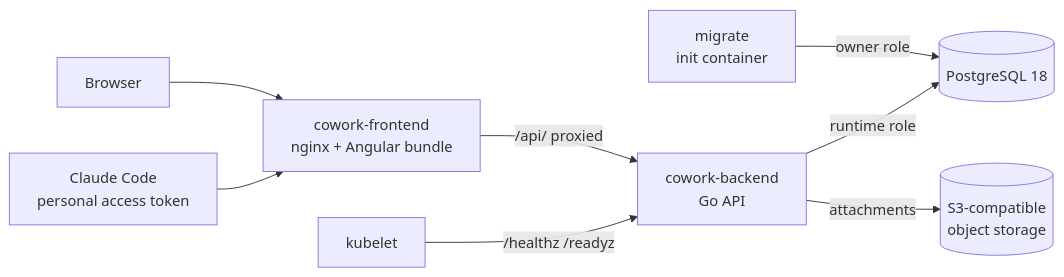
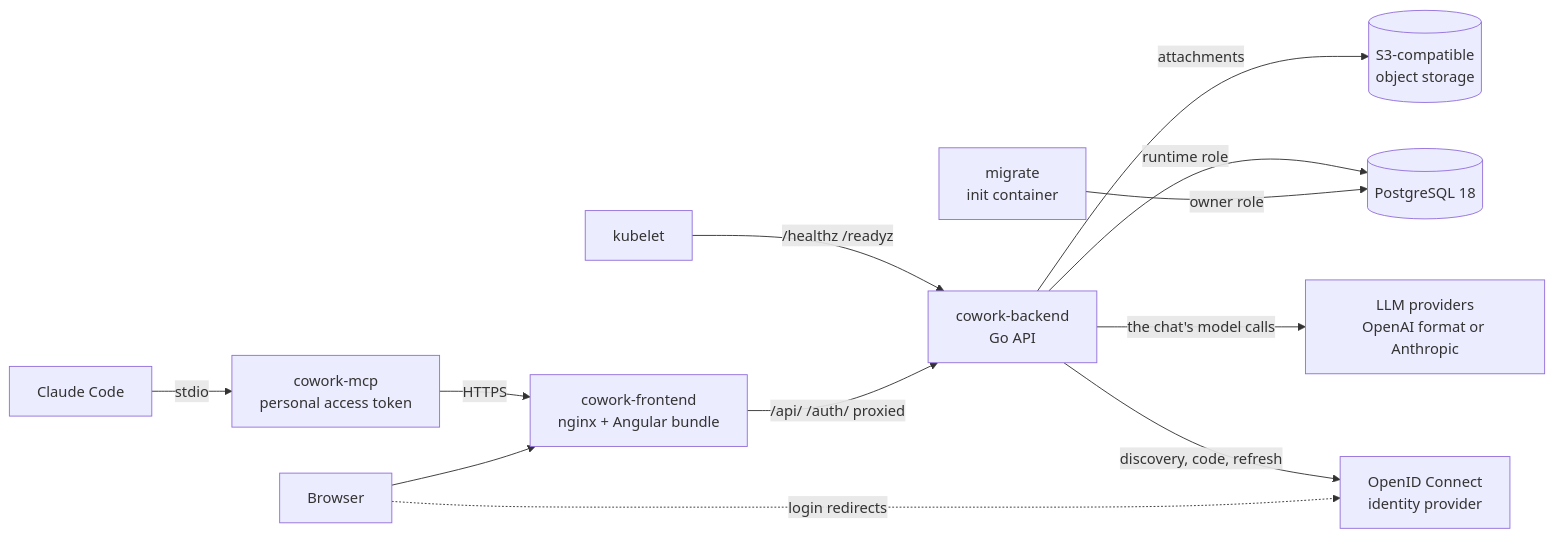
One commit to guided-traffic/cowork changed the diagram in README.md. Above: the diagram before and after it, drawn with Mermaid. The commit also changed other lines of this file and 542 other files, not shown here.

First line of the commit message:
feat: phase 4 and 5, sign-in through an identity provider, the MCP server for Claude Code and the chat in the UI (#25)

````diff
--- a/README.md
+++ b/README.md
@@ -22,10 +32,14 @@
 ```mermaid
 flowchart LR
   B[Browser] --> F
-  C[Claude Code<br/>personal access token] --> F
-  F[cowork-frontend<br/>nginx + Angular bundle] -->|/api/ proxied| S
+  B -.->|login redirects| I[OpenID Connect<br/>identity provider]
+  C[Claude Code] -->|stdio| X[cowork-mcp<br/>personal access token]
+  X -->|HTTPS| F
+  F[cowork-frontend<br/>nginx + Angular bundle] -->|/api/ /auth/ proxied| S
   K[kubelet] -->|/healthz /readyz| S
   M[migrate<br/>init container] -->|owner role| P
   S[cowork-backend<br/>Go API] -->|runtime role| P[(PostgreSQL 18)]
   S -->|attachments| O[(S3-compatible<br/>object storage)]
+  S -->|discovery, code, refresh| I
+  S -->|the chat's model calls| L[LLM providers<br/>OpenAI format or Anthropic]
 ```
````
